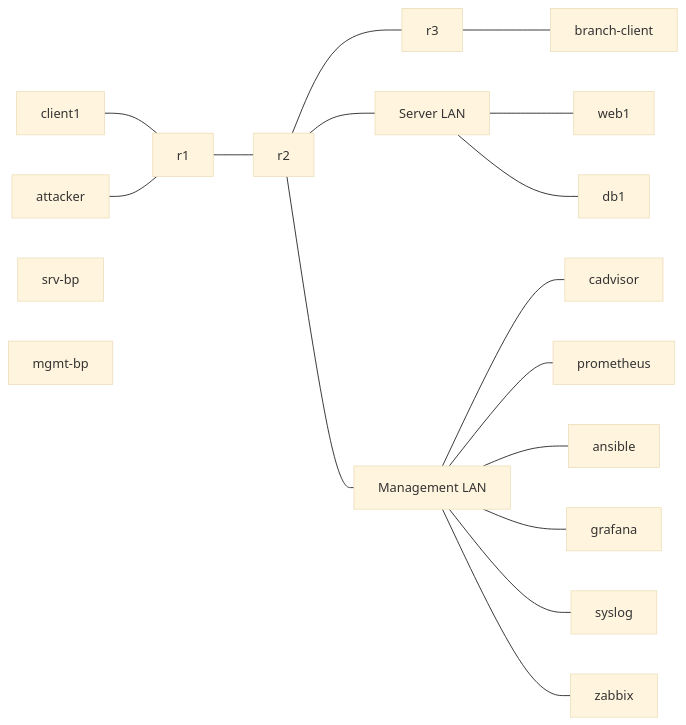
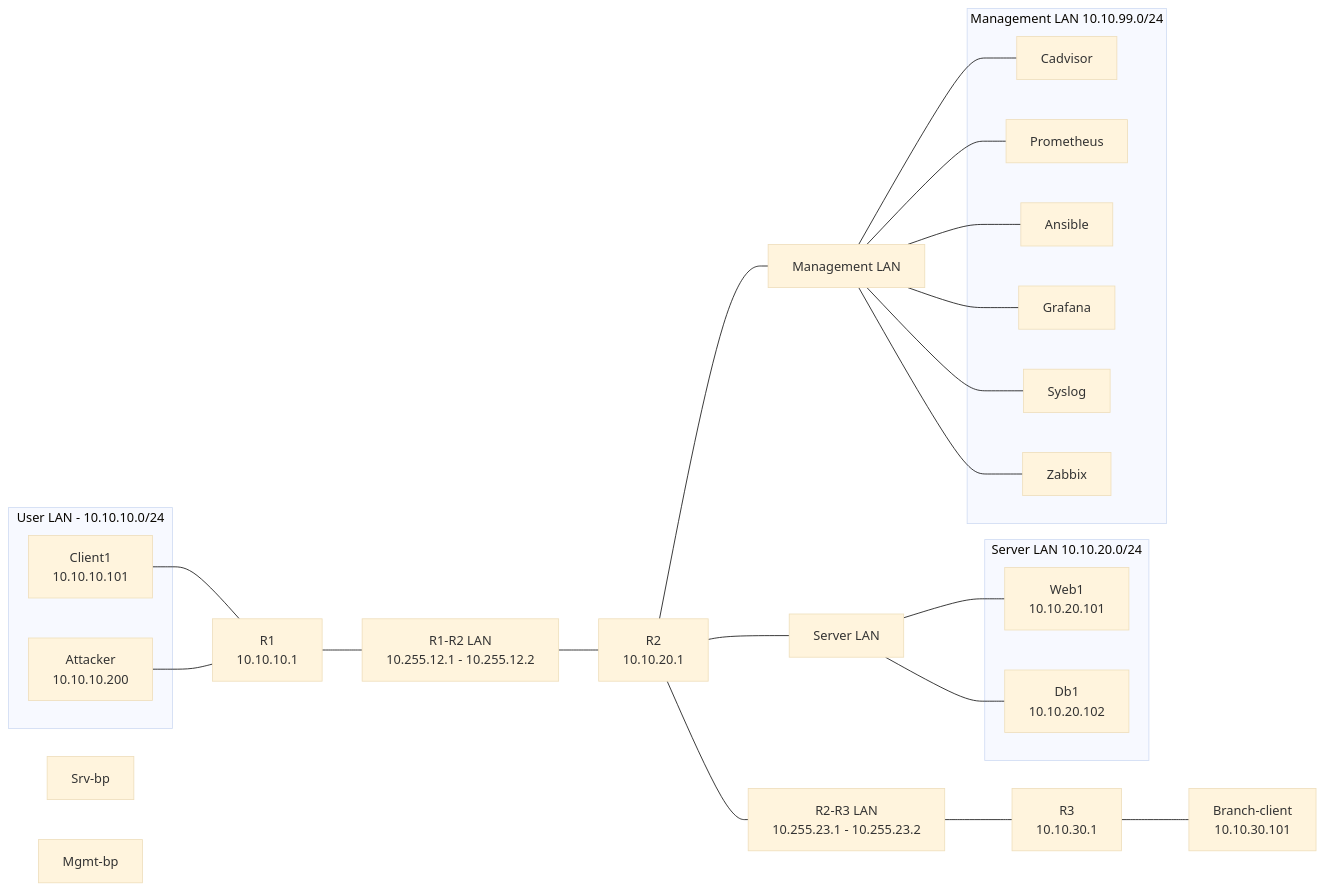
Before and after one commit to porokone/Verkonhallinta-INTIM25A6: the second of 2 diagrams in reports/week01.md, drawn with Mermaid (base theme). The commit also changed other lines of this file and 2 other files, not shown here.

````diff
--- a/reports/week01.md
+++ b/reports/week01.md
@@ -48,44 +46,56 @@
 ```mermaid
 flowchart LR
 
-    client1["client1"]
-    attacker["attacker"]
-    r1["r1"]
-    r2["r2"]
-    r3["r3"]
-    branch["branch-client"]
+    subgraph USER["User LAN - 10.10.10.0/24"]
+        client1["Client1</br>10.10.10.101"]
+        attacker["Attacker</br>10.10.10.200"]
+    end
+    r1["R1</br>10.10.10.1"]
+    r1r2["R1-R2 LAN</br>10.255.12.1 - 10.255.12.2"]
+    r2["R2</br>10.10.20.1"]
+    r2r3["R2-R3 LAN</br>10.255.23.1 - 10.255.23.2"]
+    r3["R3</br>10.10.30.1"]
+    branch["Branch-client</br>10.10.30.101"]
 
-    srv-bp["srv-bp"]
-    mgmt-bp["mgmt-bp"]
+    srv-bp["Srv-bp"]
+    mgmt-bp["Mgmt-bp"]
 
     srv["Server LAN"]
-    web1["web1"]
-    db1["db1"]
+
+    subgraph SRVLAN["Server LAN 10.10.20.0/24"]
+        web1["Web1</br>10.10.20.101"]
+        db1["Db1</br>10.10.20.102"]
+    end
 
     mgmt["Management LAN"]
-    cadvisor["cadvisor"]
-    prometheus["prometheus"]
-    ansible["ansible"]
-    grafana["grafana"]
-    syslog["syslog"]
-    zabbix["zabbix"]
+
+    subgraph MGMT["Management LAN 10.10.99.0/24</br>"]
+        cadvisor["Cadvisor"]
+        prometheus["Prometheus"]
+        ansible["Ansible"]
+        grafana["Grafana"]
+        syslog["Syslog"]
+        zabbix["Zabbix"]
+    end
 
     client1 --- r1
     attacker --- r1
 
-    r1 --- r2
-    r2 --- r3
+    r1 --- r1r2
+    r1r2 --- r2
+    r2 --- r2r3
+    r2r3 --- r3
     r3 --- branch
 
     r2 --- srv
     srv --- web1
     srv --- db1
 
     r2 --- mgmt
     mgmt --- cadvisor
     mgmt --- prometheus
     mgmt --- ansible
     mgmt --- grafana
     mgmt --- syslog
     mgmt --- zabbix
 ```
````
